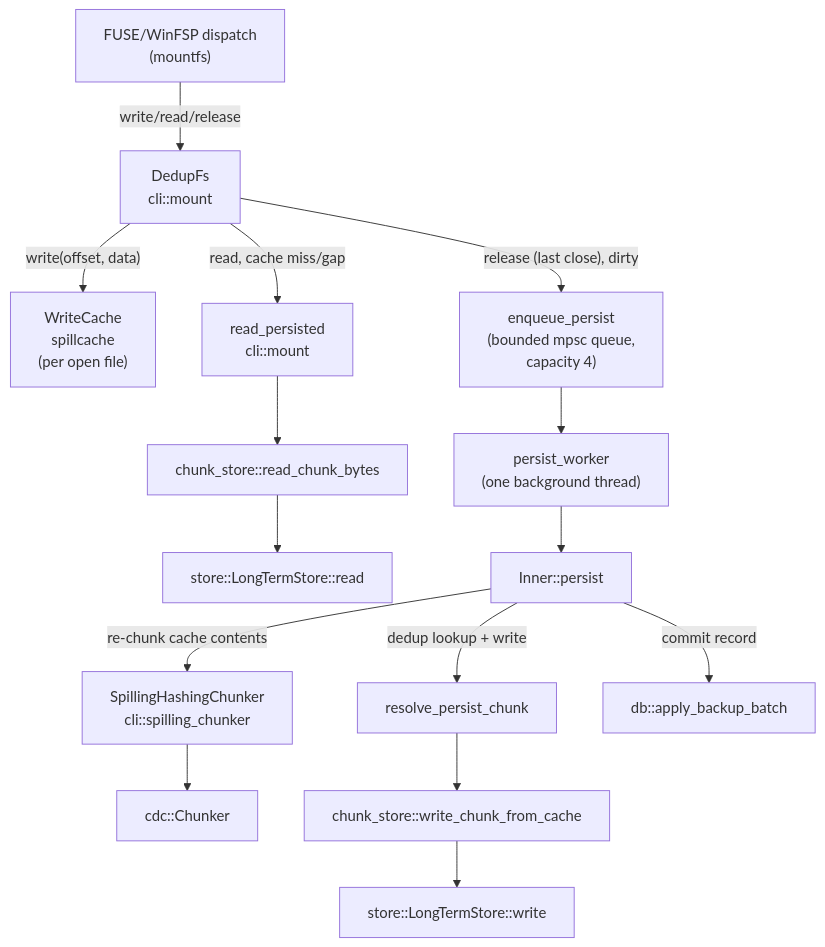
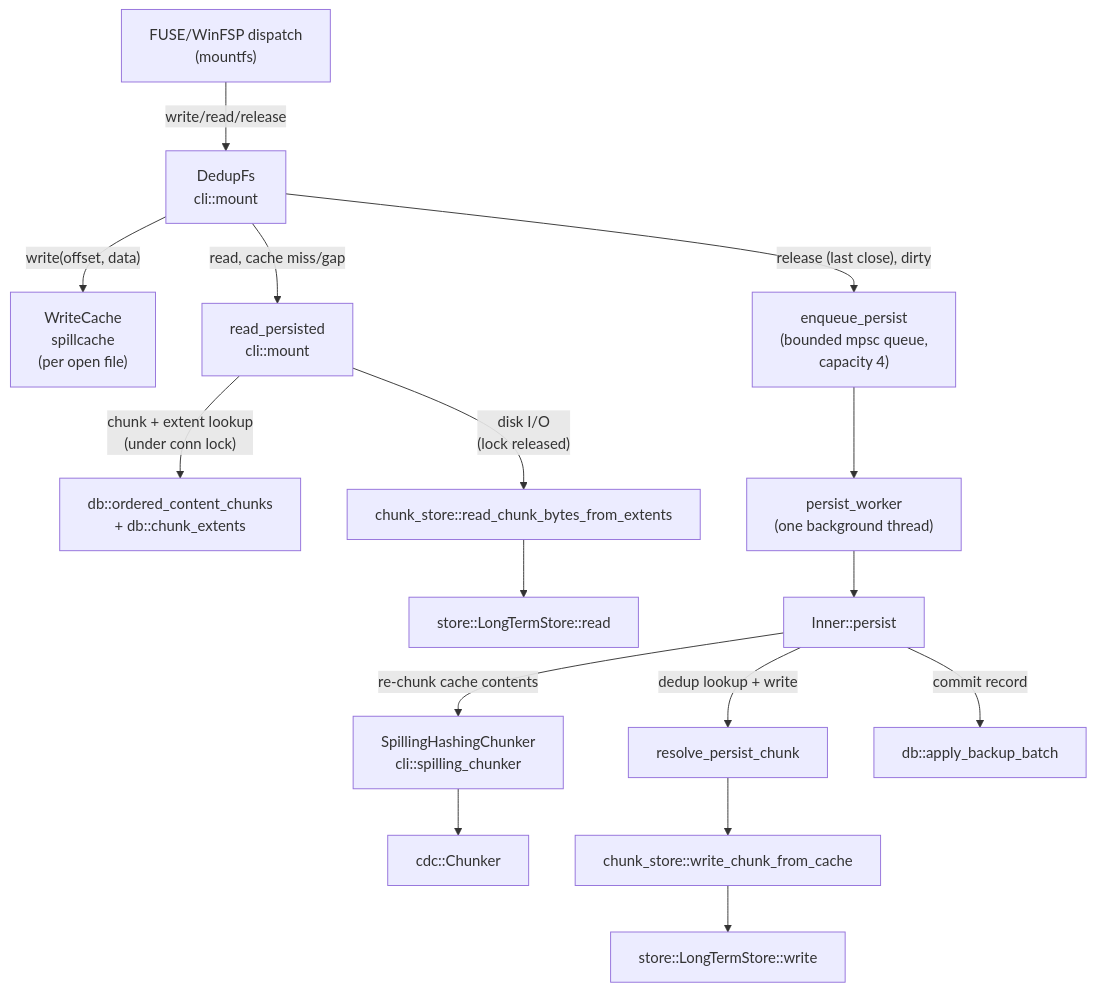
Before and after one commit to gdiet/backup: the fourth of 4 diagrams in docs/architecture.md, drawn with Mermaid. The commit also changed other lines of this file and 2 other files, not shown here.

First line of the commit message:
perf(mount): don't hold the db connection lock across chunk store I/O

````diff
--- a/docs/architecture.md
+++ b/docs/architecture.md
@@ -144,17 +144,18 @@
 ```mermaid
 flowchart TD
     FS["FUSE/WinFSP dispatch\n(mountfs)"] -->|write/read/release| DFS["DedupFs\ncli::mount"]
     DFS -->|"write(offset, data)"| WC["WriteCache\nspillcache\n(per open file)"]
     DFS -->|read, cache miss/gap| RP["read_persisted\ncli::mount"]
-    RP --> CB["chunk_store::read_chunk_bytes"]
+    RP -->|"chunk + extent lookup\n(under conn lock)"| DB2["db::ordered_content_chunks\n+ db::chunk_extents"]
+    RP -->|"disk I/O\n(lock released)"| CB["chunk_store::read_chunk_bytes_from_extents"]
     CB --> ST1["store::LongTermStore::read"]
     DFS -->|"release (last close), dirty"| EQ["enqueue_persist\n(bounded mpsc queue,\ncapacity 4)"]
     EQ --> PW["persist_worker\n(one background thread)"]
     PW --> P["Inner::persist"]
     P -->|re-chunk cache contents| SC["SpillingHashingChunker\ncli::spilling_chunker"]
     SC --> CDC["cdc::Chunker"]
     P -->|dedup lookup + write| RPC["resolve_persist_chunk"]
     RPC --> CS["chunk_store::write_chunk_from_cache"]
     CS --> ST2["store::LongTermStore::write"]
     P -->|commit record| DB["db::apply_backup_batch"]
 ```
````
